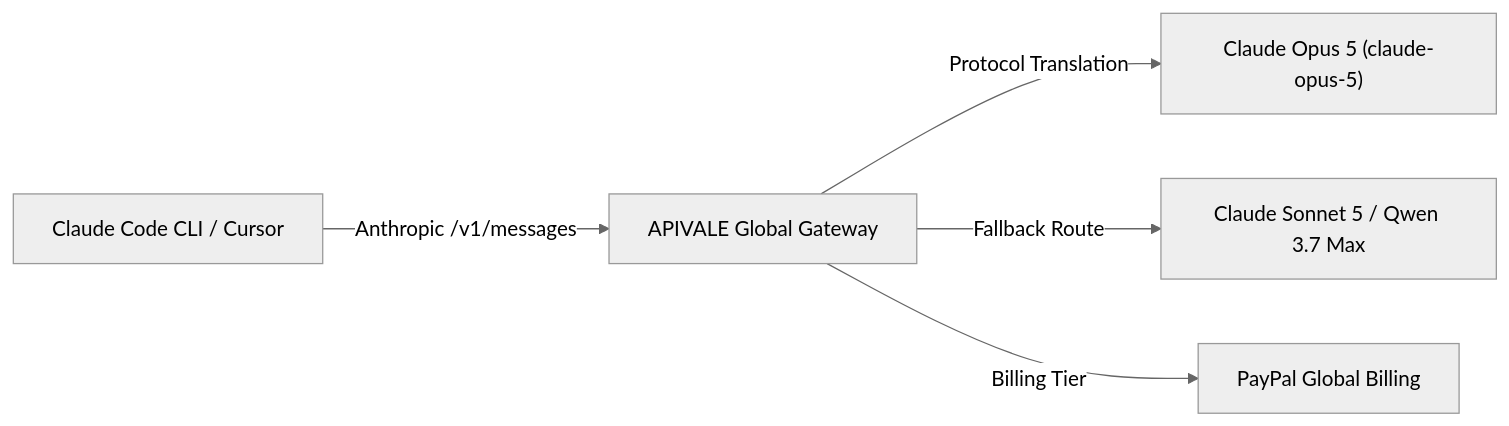
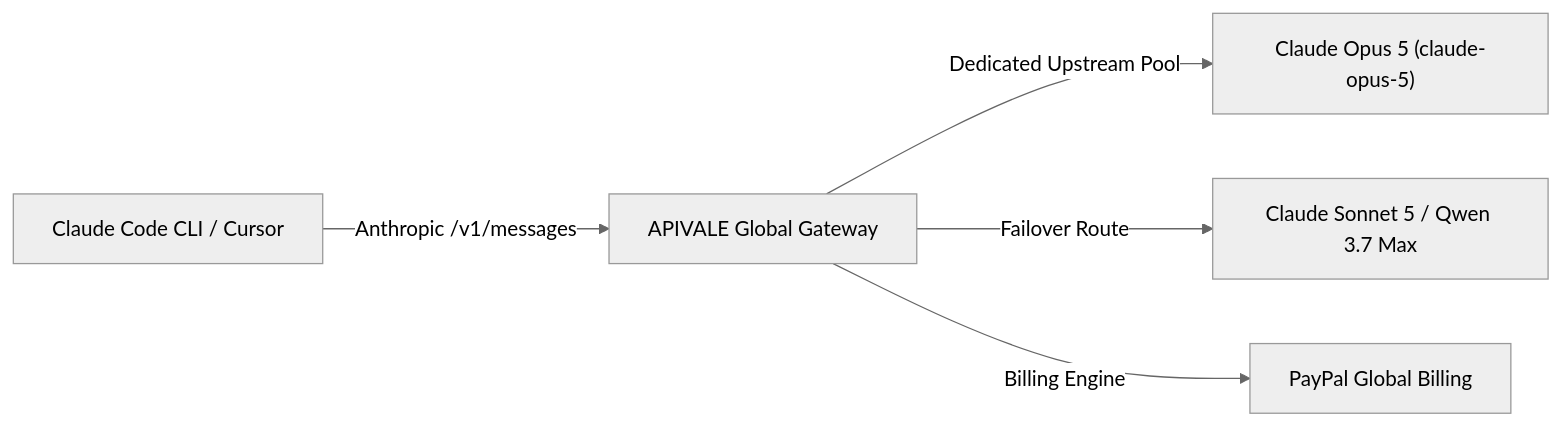
The diagram in src/content/blog/how-to-connect-claude-opus-5-to-claude-code-cli.md (bshx2024/apivel_blog), drawn with Mermaid (neutral theme) before and after one commit. The commit also changed other lines of this file and 21 other files, not shown here.

````diff
--- a/src/content/blog/how-to-connect-claude-opus-5-to-claude-code-cli.md
+++ b/src/content/blog/how-to-connect-claude-opus-5-to-claude-code-cli.md
@@ -49,7 +49,7 @@
 ```mermaid
 graph LR
     A["Claude Code CLI / Cursor"] -->|Anthropic /v1/messages| B["APIVALE Global Gateway"]
-    B -->|Protocol Translation| C["Claude Opus 5 (claude-opus-5)"]
-    B -->|Fallback Route| D["Claude Sonnet 5 / Qwen 3.7 Max"]
-    B -->|Billing Tier| E["PayPal Global Billing"]
+    B -->|Dedicated Upstream Pool| C["Claude Opus 5 (claude-opus-5)"]
+    B -->|Failover Route| D["Claude Sonnet 5 / Qwen 3.7 Max"]
+    B -->|Billing Engine| E["PayPal Global Billing"]
 ```
````
